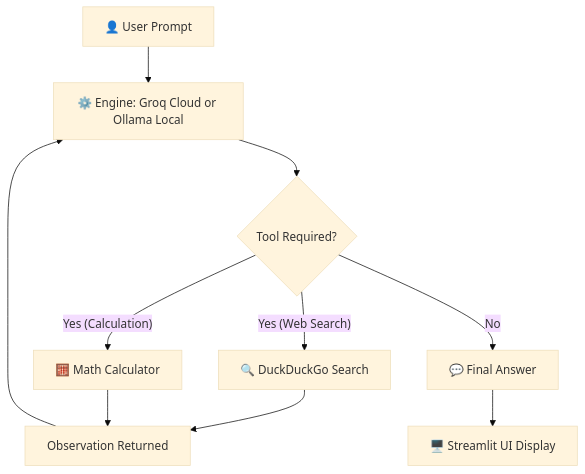
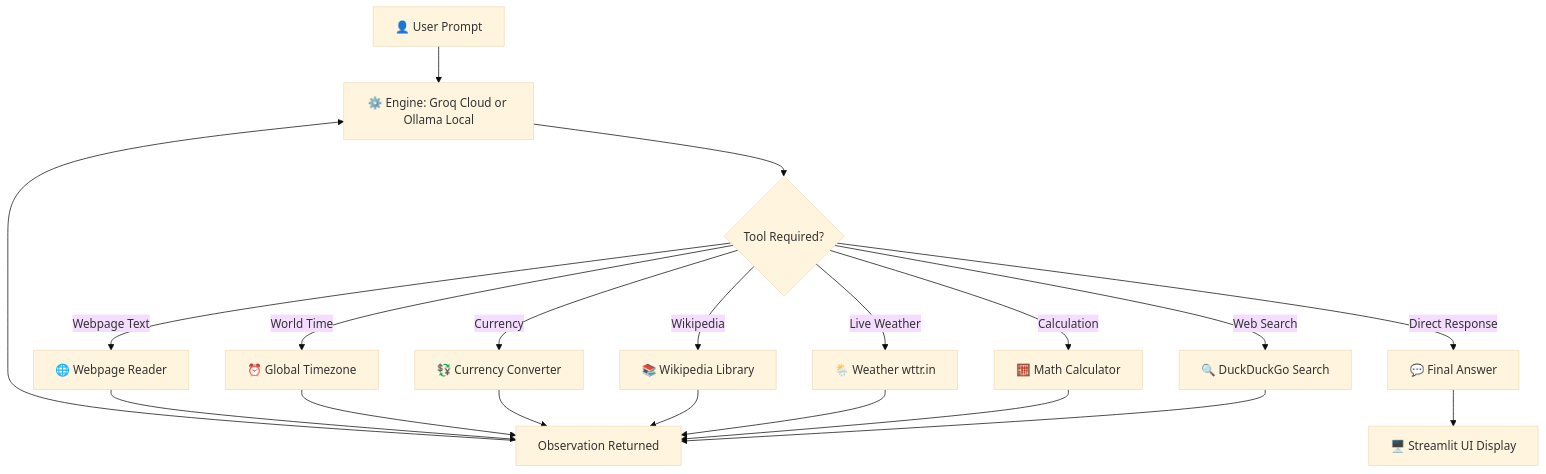
The diagram in README.md (ahmedraheed/Ai-Agent), drawn with Mermaid (base theme) before and after one commit. The commit also changed other lines of this file and 2 other files, not shown here.

Commit message:
feat: add 5 new tools (weather, wikipedia, currency, timezone, web reader) bringing total to 7 autonomous tools

````diff
--- a/README.md
+++ b/README.md
@@ -50,12 +55,22 @@
 ```mermaid
 flowchart TD
     A[👤 User Prompt] --> B[⚙️ Engine: Groq Cloud or Ollama Local]
     B --> C{Tool Required?}
-    C -- "Yes (Web Search)" --> D[🔍 DuckDuckGo Search]
-    C -- "Yes (Calculation)" --> E[🧮 Math Calculator]
-    C -- "No" --> F[💬 Final Answer]
+    C -- "Web Search" --> D[🔍 DuckDuckGo Search]
+    C -- "Calculation" --> E[🧮 Math Calculator]
+    C -- "Live Weather" --> W[🌦️ Weather wttr.in]
+    C -- "Wikipedia" --> K[📚 Wikipedia Library]
+    C -- "Currency" --> X[💱 Currency Converter]
+    C -- "World Time" --> T[⏰ Global Timezone]
+    C -- "Webpage Text" --> R[🌐 Webpage Reader]
+    C -- "Direct Response" --> F[💬 Final Answer]
     D --> G[Observation Returned]
     E --> G
+    W --> G
+    K --> G
+    X --> G
+    T --> G
+    R --> G
     G --> B
     F --> H[🖥️ Streamlit UI Display]
 ```
````
